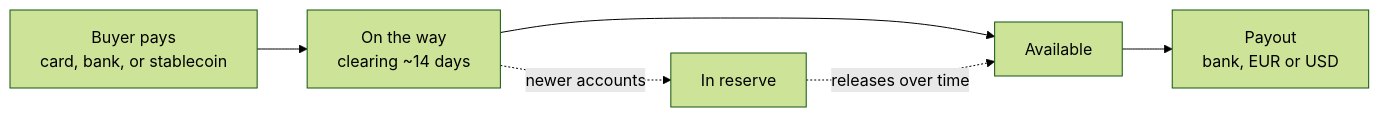
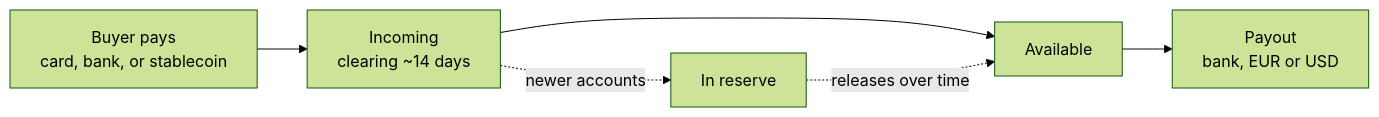
Before and after one commit to AgentaOS/docs: the diagram in payouts/overview.mdx, drawn with Mermaid (forest theme). The commit also changed other lines of this file and 8 other files, not shown here.

````diff
--- a/payouts/overview.mdx
+++ b/payouts/overview.mdx
@@ -31,8 +31,8 @@
 ```mermaid
 flowchart LR
-  A[Buyer pays<br/>card, bank, or stablecoin] --> B[On the way<br/>clearing ~14 days]
+  A[Buyer pays<br/>card, bank, or stablecoin] --> B[Incoming<br/>clearing ~14 days]
   B --> C[Available]
   C --> D[Payout<br/>bank, EUR or USD]
   B -.->|newer accounts| E[In reserve]
   E -.->|releases over time| C
 ```
````
